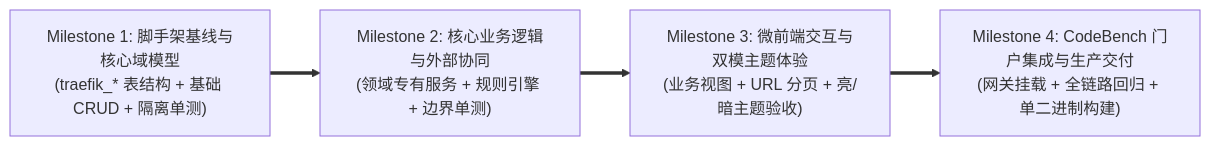
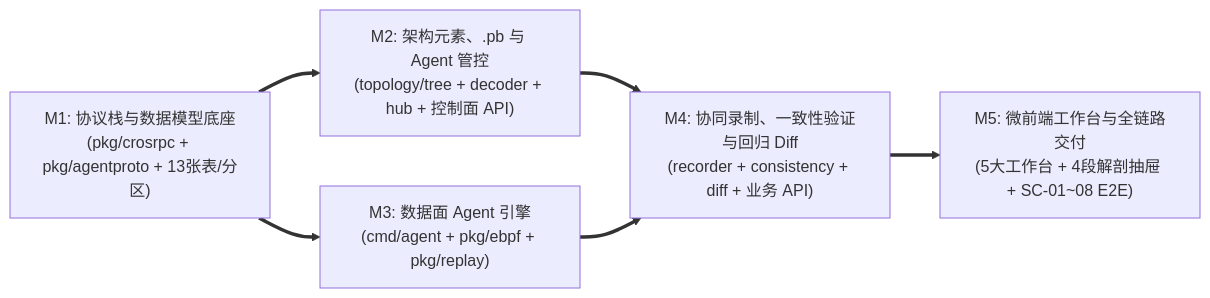
The diagram in docs/04-tasks/01-roadmap.md (fugui/code-traefik), drawn with Mermaid before and after one commit. The commit also changed other lines of this file and 8 other files, not shown here.

````diff
--- a/docs/04-tasks/01-roadmap.md
+++ b/docs/04-tasks/01-roadmap.md
@@ -14,9 +26,14 @@
 ```mermaid
 flowchart LR
-    M1["Milestone 1: 脚手架基线与核心域模型<br/>(traefik_* 表结构 + 基础 CRUD + 隔离单测)"]
-    M2["Milestone 2: 核心业务逻辑与外部协同<br/>(领域专有服务 + 规则引擎 + 边界单测)"]
-    M3["Milestone 3: 微前端交互与双模主题体验<br/>(业务视图 + URL 分页 + 亮/暗主题验收)"]
-    M4["Milestone 4: CodeBench 门户集成与生产交付<br/>(网关挂载 + 全链路回归 + 单二进制构建)"]
+    M1["M1: 协议栈与数据模型底座<br/>(pkg/crosrpc + pkg/agentproto + 13张表/分区)"]
+    M2["M2: 架构元素、.pb 与 Agent 管控<br/>(topology/tree + decoder + hub + 控制面 API)"]
+    M3["M3: 数据面 Agent 引擎<br/>(cmd/agent + pkg/ebpf + pkg/replay)"]
+    M4["M4: 协同录制、一致性验证与回归 Diff<br/>(recorder + consistency + diff + 业务 API)"]
+    M5["M5: 微前端工作台与全链路交付<br/>(5大工作台 + 4段解剖抽屉 + SC-01~08 E2E)"]
 
-    M1 ==> M2 ==> M3 ==> M4
+    M1 ==> M2
+    M1 ==> M3
+    M2 ==> M4
+    M3 ==> M4
+    M4 ==> M5
 ```
````
